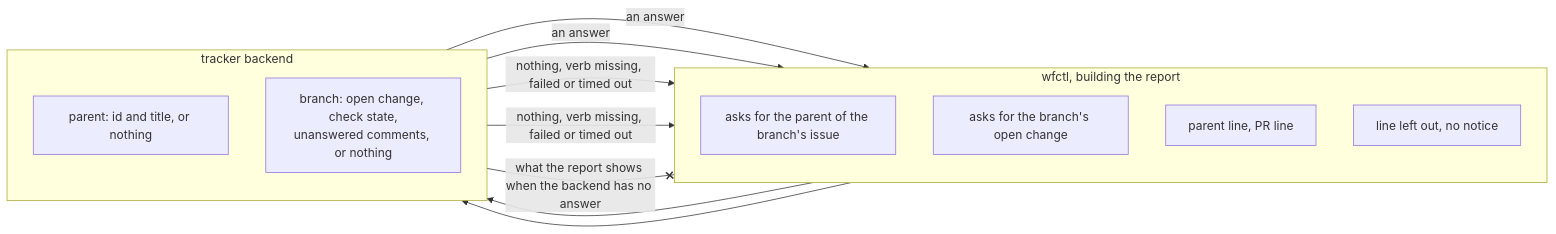
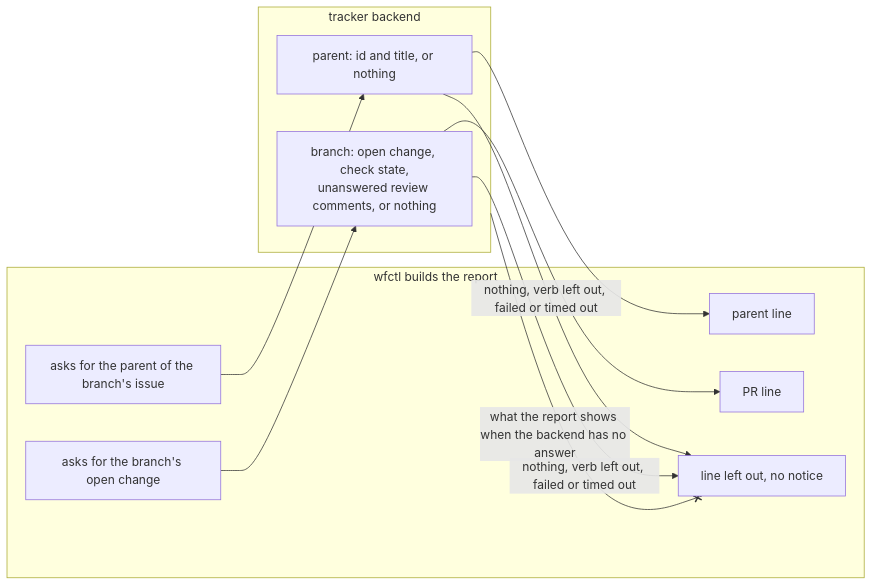
The diagram in docs/architecture/backend-tracker-reads-parent-and-change.md (aamarin/wfctl), drawn with Mermaid before and after one commit. The commit also changed other lines of this file and 1 other file, not shown here.

````diff
--- a/docs/architecture/backend-tracker-reads-parent-and-change.md
+++ b/docs/architecture/backend-tracker-reads-parent-and-change.md
@@ -67,22 +87,21 @@
 ```mermaid
 flowchart LR
-    subgraph wfctl["wfctl, building the report"]
-        direction TB
+    subgraph wfctl["wfctl builds the report"]
         ASKP["asks for the parent of the branch's issue"]
         ASKC["asks for the branch's open change"]
-        LINES["parent line, PR line"]
+        PLINE["parent line"]
+        CLINE["PR line"]
         OMIT["line left out, no notice"]
     end
     subgraph backend["tracker backend"]
-        direction TB
         PARENT["parent: id and title, or nothing"]
-        CHANGE["branch: open change, check state,<br>unanswered comments, or nothing"]
+        CHANGE["branch: open change, check state,<br>unanswered review comments, or nothing"]
     end
     ASKP --> PARENT
     ASKC --> CHANGE
-    PARENT -- "an answer" --> LINES
-    CHANGE -- "an answer" --> LINES
-    PARENT -- "nothing, verb missing, failed or timed out" --> OMIT
-    CHANGE -- "nothing, verb missing, failed or timed out" --> OMIT
-    backend -- "what the report shows when the backend has no answer" --x LINES
+    PARENT --> PLINE
+    CHANGE --> CLINE
+    PARENT -- "nothing, verb left out, failed or timed out" --> OMIT
+    CHANGE -- "nothing, verb left out, failed or timed out" --> OMIT
+    backend -- "what the report shows when the backend has no answer" --x OMIT
 ```
````
